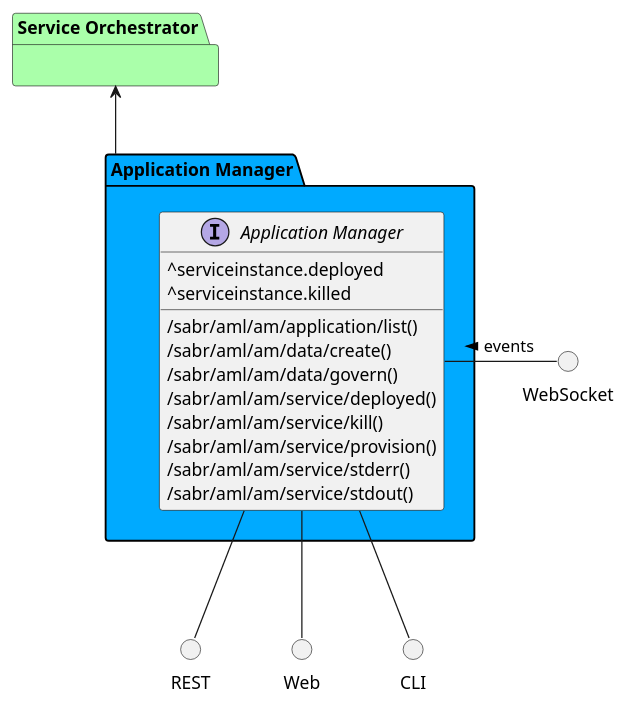
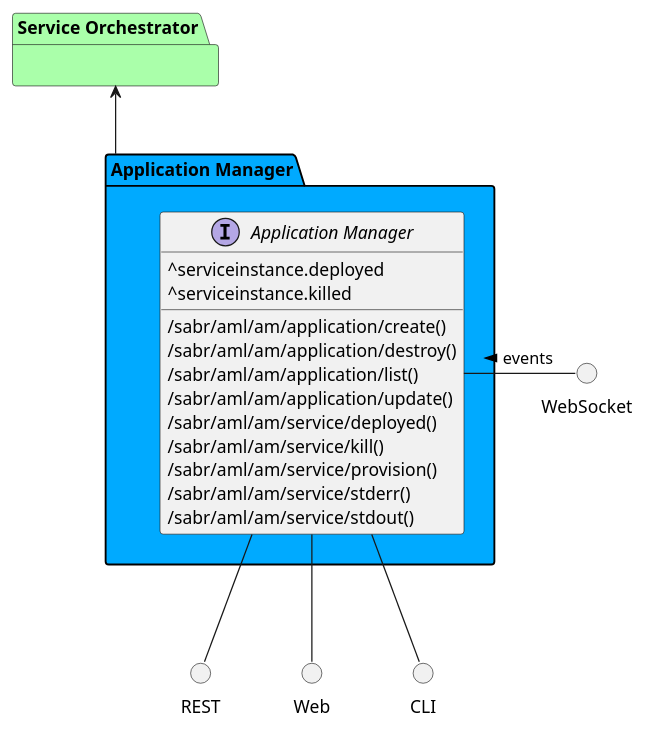
One commit to madajaju/sabr changed the diagram in docs/sabr/aml/am/subpackage.puml. Above: the diagram before and after it, drawn with PlantUML. The commit also changed 484 other files, not shown here.

```diff
--- a/docs/sabr/aml/am/subpackage.puml
+++ b/docs/sabr/aml/am/subpackage.puml
@@ -1,50 +1,51 @@
 @startuml
 
 
 package "Service Orchestrator" #aaffaa {
 
 }
 
 package "Application Manager" #00aaff {
 
 }
 
 
 package "Application Manager" #00aaff {
 
     interface "Application Manager" as i {
             ^serviceinstance.deployed
             ^serviceinstance.killed
     
+            /sabr/aml/am/application/create()
+            /sabr/aml/am/application/destroy()
             /sabr/aml/am/application/list()
-            /sabr/aml/am/data/create()
-            /sabr/aml/am/data/govern()
+            /sabr/aml/am/application/update()
             /sabr/aml/am/service/deployed()
             /sabr/aml/am/service/kill()
             /sabr/aml/am/service/provision()
             /sabr/aml/am/service/stderr()
             /sabr/aml/am/service/stdout()
     
     }
 }
 
 circle REST
 circle Web
 circle CLI
 circle WebSocket
 
 i -down- Web
 i -down- CLI
 i -down- REST
 WebSocket -left- i: events >
 
 package "Application Manager" #00aaff {
 
 
 }
 
 
     "Service Orchestrator" <-- "Application Manager"
 
 
 @enduml
```
